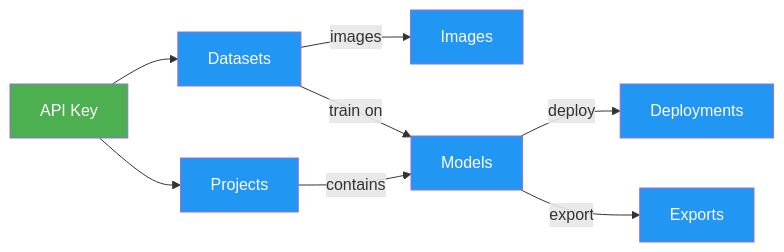
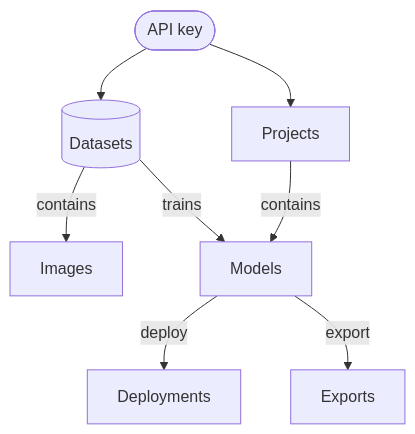
The first of 4 diagrams in docs/en/platform/api/index.md (ultralytics/ultralytics), drawn with Mermaid before and after one commit. The commit also changed other lines of this file and 20 other files, not shown here.

Commit message:
Migrate docs Mermaid diagrams to the unified design system (#26573)

````diff
--- a/docs/en/platform/api/index.md
+++ b/docs/en/platform/api/index.md
@@ -54,13 +54,10 @@
 ```mermaid
-graph LR
-    A[API Key]:::start --> B[Datasets]:::proc
-    A --> C[Projects]:::proc
-    B -->|images| G[Images]:::proc
-    C -->|contains| D[Models]:::proc
-    B -->|train on| D
-    D -->|deploy| E[Deployments]:::proc
-    D -->|export| F[Exports]:::proc
-
-    classDef start fill:#4CAF50,color:#fff
-    classDef proc fill:#2196F3,color:#fff
+flowchart TD
+    A([API key]) --> B[(Datasets)]
+    A --> C[Projects]
+    B -->|contains| G[Images]
+    C -->|contains| D[Models]
+    B -->|trains| D
+    D -->|deploy| E[Deployments]
+    D -->|export| F[Exports]
 ```
````
